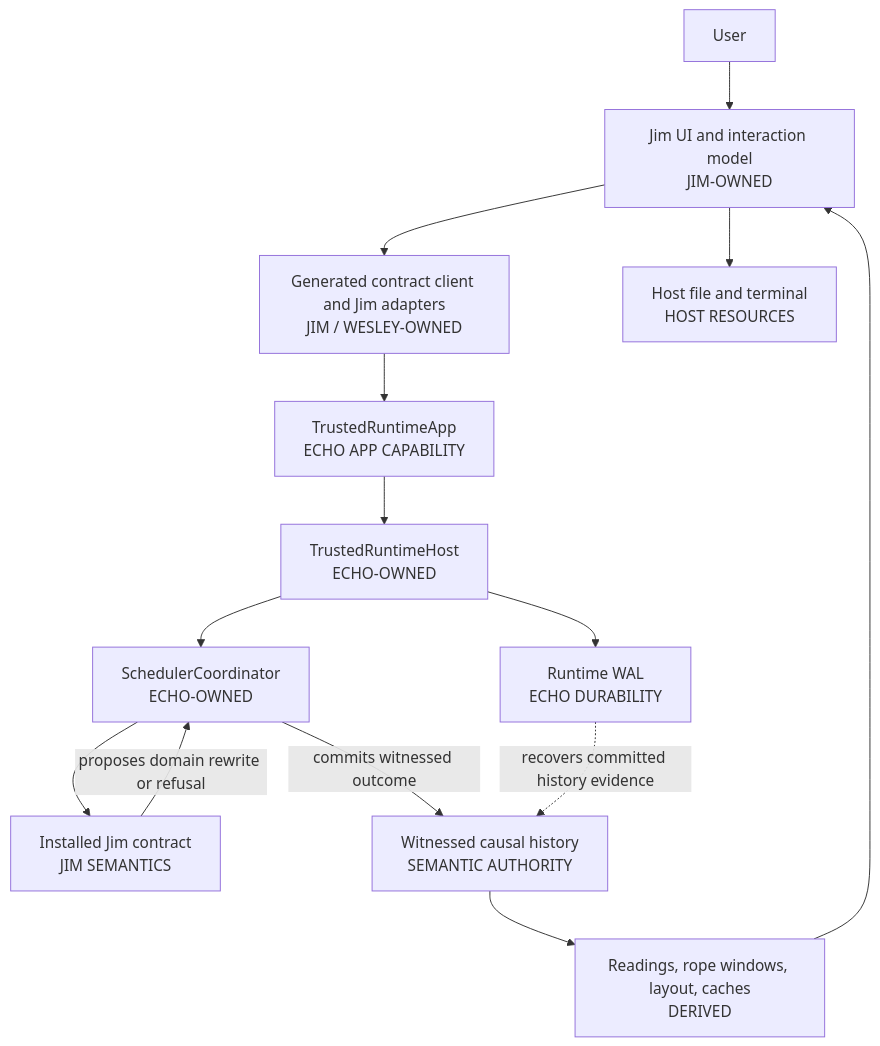
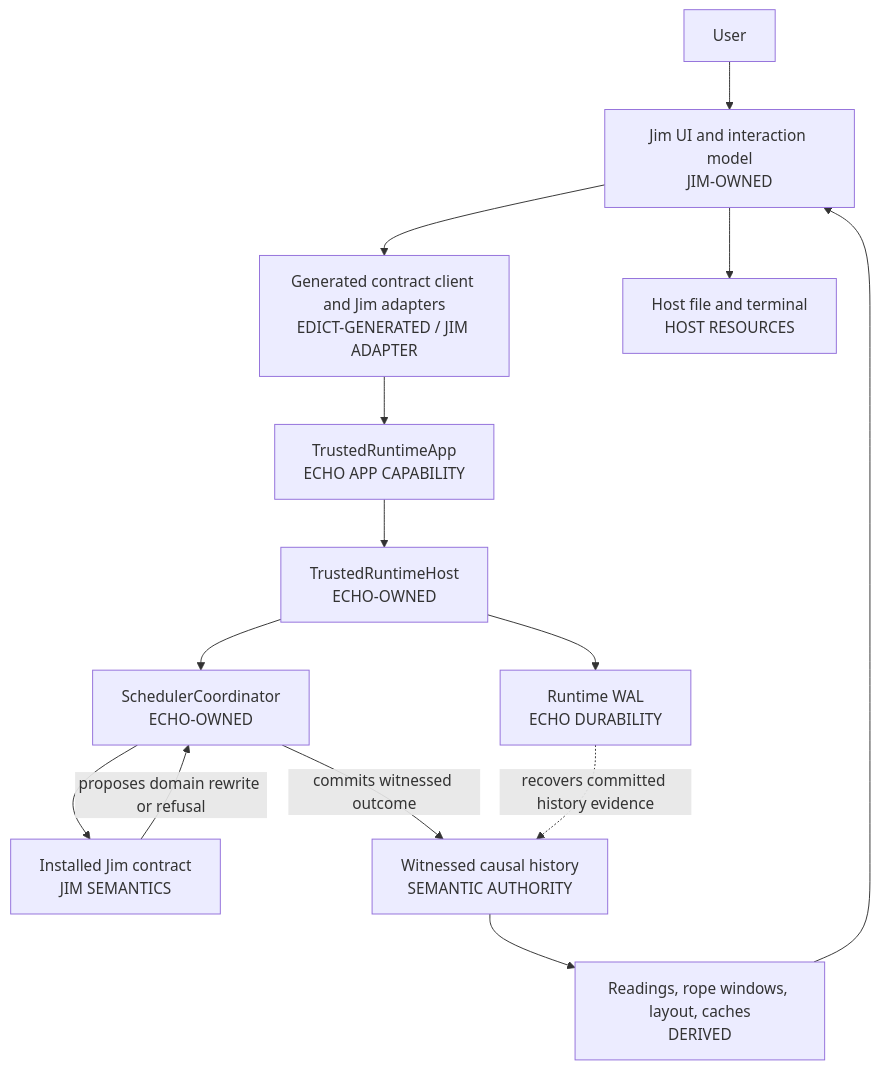
The first of 6 diagrams in docs/case-studies/JimAndEcho.md (flyingrobots/echo), drawn with Mermaid before and after one commit. The commit also changed other lines of this file and 6 other files, not shown here.

Commit message:
Correct generated contract boundary documentation

````diff
--- a/docs/case-studies/JimAndEcho.md
+++ b/docs/case-studies/JimAndEcho.md
@@ -63,28 +63,28 @@
 ```mermaid
 flowchart TB
     user["User"]
     ui["Jim UI and interaction model<br/>JIM-OWNED"]
-    client["Generated contract client and Jim adapters<br/>JIM / WESLEY-OWNED"]
+    client["Generated contract client and Jim adapters<br/>EDICT-GENERATED / JIM ADAPTER"]
     app["TrustedRuntimeApp<br/>ECHO APP CAPABILITY"]
     host["TrustedRuntimeHost<br/>ECHO-OWNED"]
     contract["Installed Jim contract<br/>JIM SEMANTICS"]
     scheduler["SchedulerCoordinator<br/>ECHO-OWNED"]
     wal["Runtime WAL<br/>ECHO DURABILITY"]
     history["Witnessed causal history<br/>SEMANTIC AUTHORITY"]
     projections["Readings, rope windows, layout, caches<br/>DERIVED"]
     file["Host file and terminal<br/>HOST RESOURCES"]
 
     user --> ui
     ui --> client
     client --> app
     app --> host
     host --> wal
     host --> scheduler
     scheduler --> contract
     contract -->|"proposes domain rewrite or refusal"| scheduler
     scheduler -->|"commits witnessed outcome"| history
     history --> projections
     projections --> ui
     ui --> file
     wal -. "recovers committed history evidence" .-> history
 ```
````
